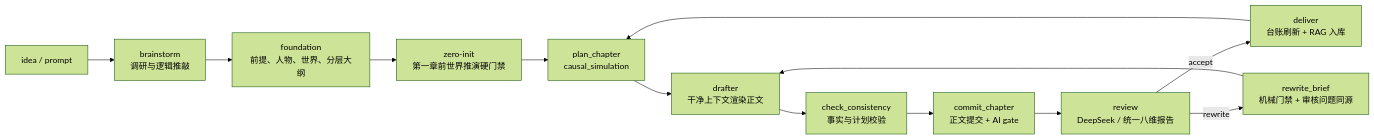
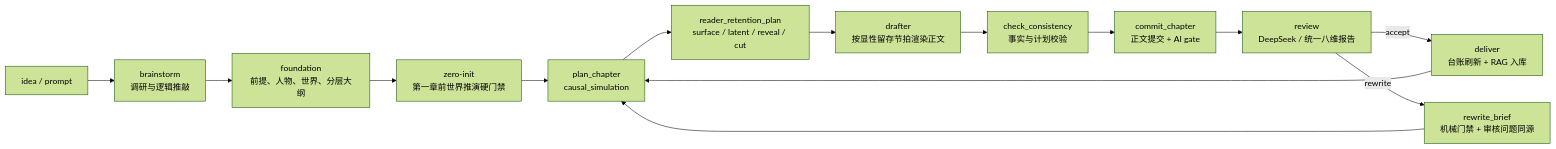
The sixth of 7 diagrams in docs/engineering-delivery-20260708.md (Xiaoyangy/novel-studio), drawn with Mermaid (forest theme) before and after one commit. The commit also changed other lines of this file and 10 other files, not shown here.

Commit message:
Harden chapter retention and craft RAG flow

````diff
--- a/docs/engineering-delivery-20260708.md
+++ b/docs/engineering-delivery-20260708.md
@@ -90,15 +90,16 @@
 ```mermaid
 flowchart LR
     I["idea / prompt"] --> B["brainstorm<br/>调研与逻辑推敲"]
     B --> F["foundation<br/>前提、人物、世界、分层大纲"]
     F --> Z["zero-init<br/>第一章前世界推演硬门禁"]
     Z --> P["plan_chapter<br/>causal_simulation"]
-    P --> D["drafter<br/>干净上下文渲染正文"]
+    P --> RP["reader_retention_plan<br/>surface / latent / reveal / cut"]
+    RP --> D["drafter<br/>按显性留存节拍渲染正文"]
     D --> C["check_consistency<br/>事实与计划校验"]
     C --> M["commit_chapter<br/>正文提交 + AI gate"]
     M --> R["review<br/>DeepSeek / 统一八维报告"]
     R -->|accept| L["deliver<br/>台账刷新 + RAG 入库"]
     R -->|rewrite| RB["rewrite_brief<br/>机械门禁 + 审核问题同源"]
-    RB --> D
+    RB --> P
     L --> P
 ```
````
